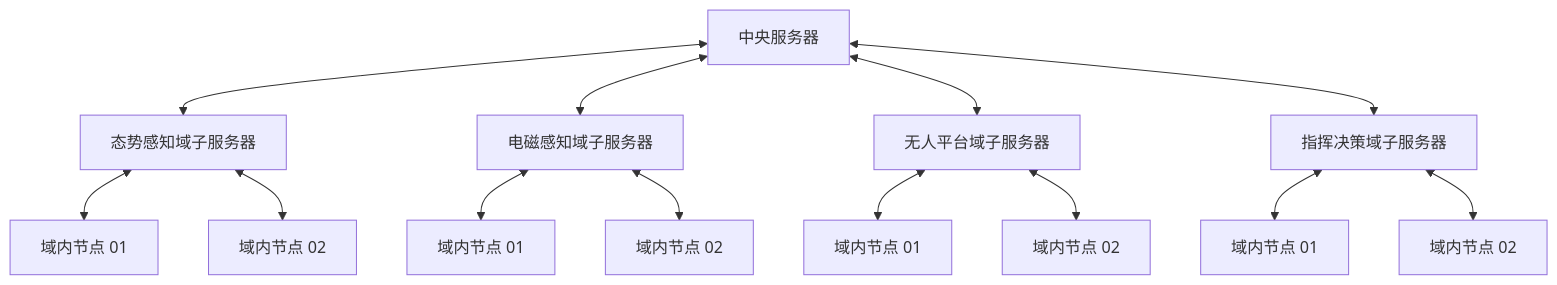
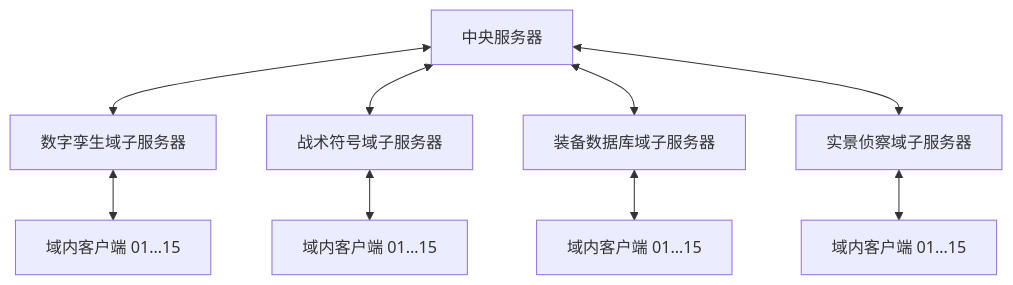
Before and after one commit to bo-wang-bob/FederatedScope: the first of 4 diagrams in frontend/FRONTEND_DESIGN.md, drawn with Mermaid. The commit also changed other lines of this file and 1 other file, not shown here.

````diff
--- a/frontend/FRONTEND_DESIGN.md
+++ b/frontend/FRONTEND_DESIGN.md
@@ -44,29 +44,21 @@
 ```mermaid
 flowchart TB
     C[中央服务器]
-    S1[态势感知域子服务器]
-    S2[电磁感知域子服务器]
-    S3[无人平台域子服务器]
-    S4[指挥决策域子服务器]
-    N11[域内节点 01]
-    N12[域内节点 02]
-    N21[域内节点 01]
-    N22[域内节点 02]
-    N31[域内节点 01]
-    N32[域内节点 02]
-    N41[域内节点 01]
-    N42[域内节点 02]
+    S1[数字孪生域子服务器]
+    S2[战术符号域子服务器]
+    S3[装备数据库域子服务器]
+    S4[实景侦察域子服务器]
+    N11[域内客户端 01…15]
+    N21[域内客户端 01…15]
+    N31[域内客户端 01…15]
+    N41[域内客户端 01…15]
 
     C <--> S1
     C <--> S2
     C <--> S3
     C <--> S4
     S1 <--> N11
-    S1 <--> N12
     S2 <--> N21
-    S2 <--> N22
     S3 <--> N31
-    S3 <--> N32
     S4 <--> N41
-    S4 <--> N42
 ```
````
